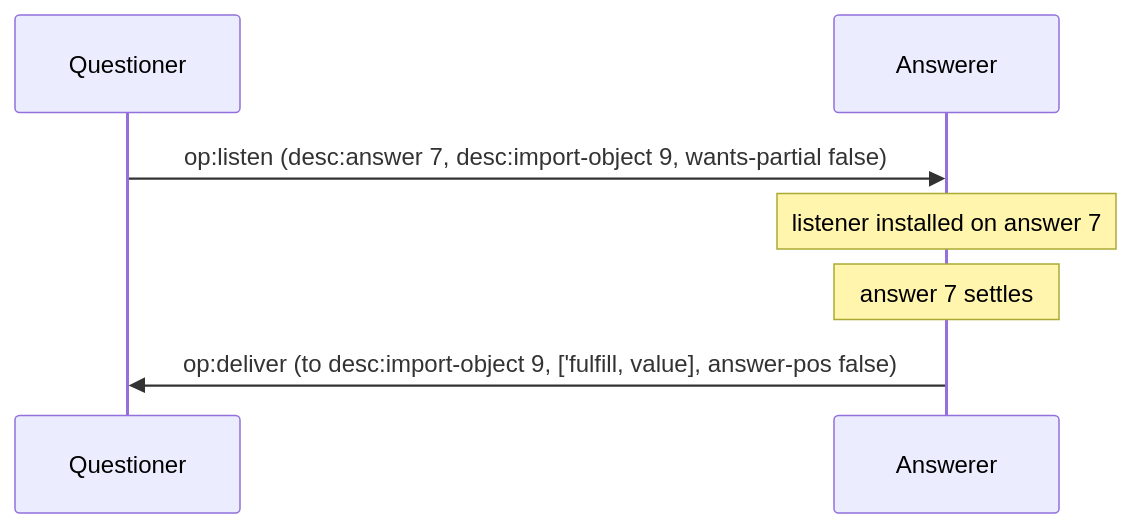
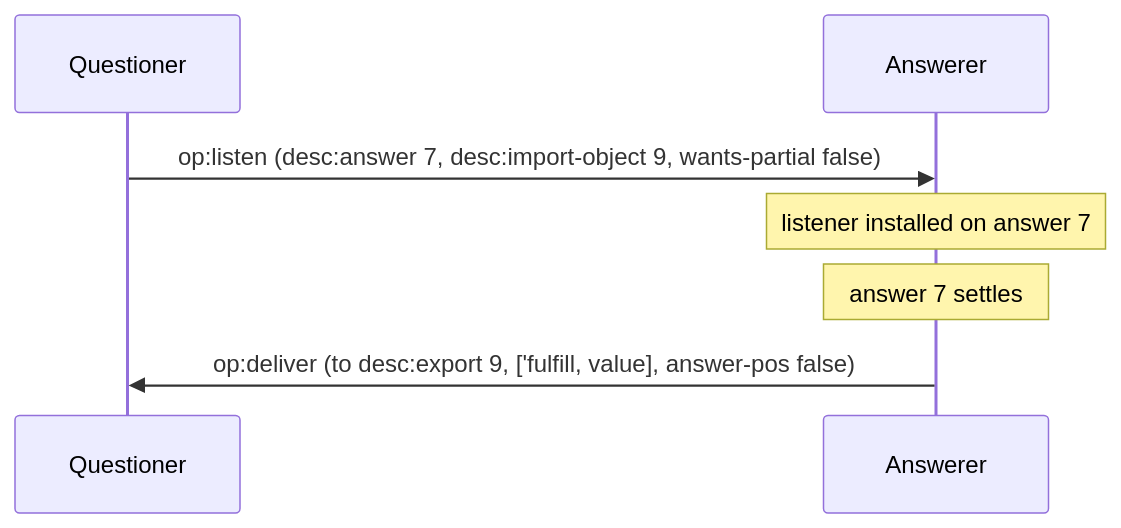
One commit to glowcap-org/glowcap changed the fifth of 7 diagrams in docs/protocol-diagrams/03-promises-and-pipelining.md. Above: the diagram before and after it, drawn with Mermaid. The commit also changed other lines of this file and 419 other files, not shown here.

````diff
--- a/docs/protocol-diagrams/03-promises-and-pipelining.md
+++ b/docs/protocol-diagrams/03-promises-and-pipelining.md
@@ -79,9 +79,9 @@
 ```mermaid
 sequenceDiagram
     participant Q as Questioner
     participant R as Answerer
     Q->>R: op:listen (desc:answer 7, desc:import-object 9, wants-partial false)
     Note over R: listener installed on answer 7
     Note over R: answer 7 settles
-    R->>Q: op:deliver (to desc:import-object 9, ['fulfill, value], answer-pos false)
+    R->>Q: op:deliver (to desc:export 9, ['fulfill, value], answer-pos false)
 ```
````
